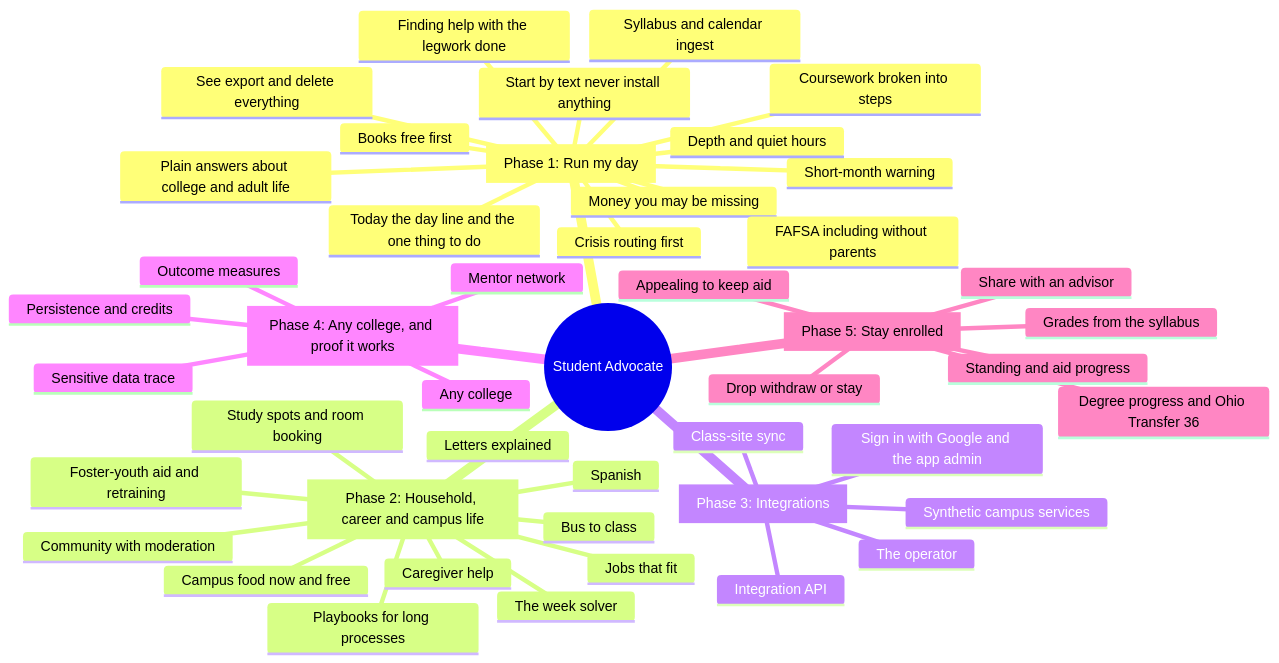
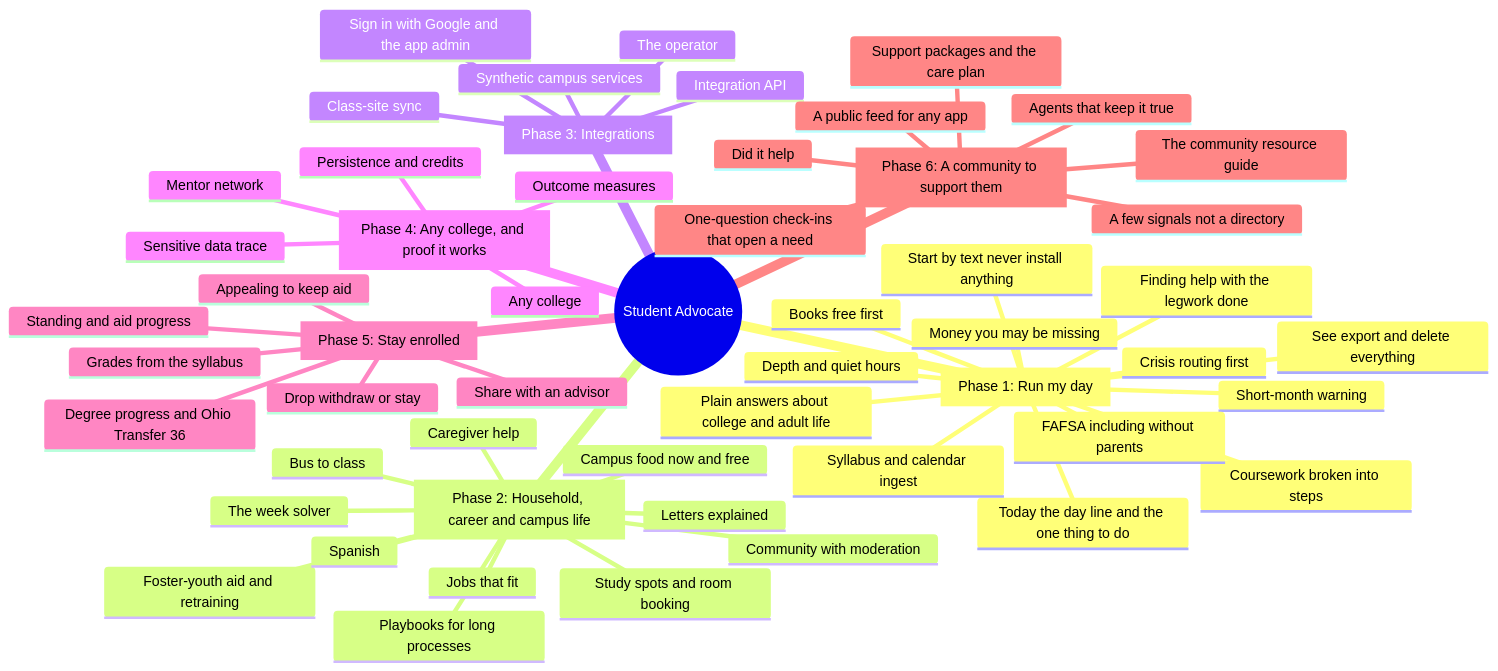
Before and after one commit to russlittle/ZTHR: the diagram in docs/features.md, drawn with Mermaid. The commit also changed other lines of this file and 41 other files, not shown here.

First line of the commit message:
Community resource guide in the app, its public feed, and deeper evidence

````diff
--- a/docs/features.md
+++ b/docs/features.md
@@ -7,49 +7,57 @@
 ```mermaid
 mindmap
   root((Student Advocate))
     P1[Phase 1: Run my day]
       Today the day line and the one thing to do
       Syllabus and calendar ingest
       Coursework broken into steps
       Money you may be missing
       Short-month warning
       Finding help with the legwork done
       Crisis routing first
       FAFSA including without parents
       Plain answers about college and adult life
       Books free first
       Start by text never install anything
       Depth and quiet hours
       See export and delete everything
     P2[Phase 2: Household, career and campus life]
       The week solver
       Playbooks for long processes
       Foster-youth aid and retraining
       Letters explained
       Caregiver help
       Campus food now and free
       Study spots and room booking
       Bus to class
       Jobs that fit
       Community with moderation
       Spanish
     P3[Phase 3: Integrations]
       Integration API
       Class-site sync
       Synthetic campus services
       The operator
       Sign in with Google and the app admin
     P4[Phase 4: Any college, and proof it works]
       Any college
       Mentor network
       Outcome measures
       Sensitive data trace
       Persistence and credits
     P5[Phase 5: Stay enrolled]
       Grades from the syllabus
       Standing and aid progress
       Appealing to keep aid
       Drop withdraw or stay
       Degree progress and Ohio Transfer 36
       Share with an advisor
+    P6[Phase 6: A community to support them]
+      The community resource guide
+      One-question check-ins that open a need
+      A few signals not a directory
+      Support packages and the care plan
+      Did it help
+      A public feed for any app
+      Agents that keep it true
 ```
````
